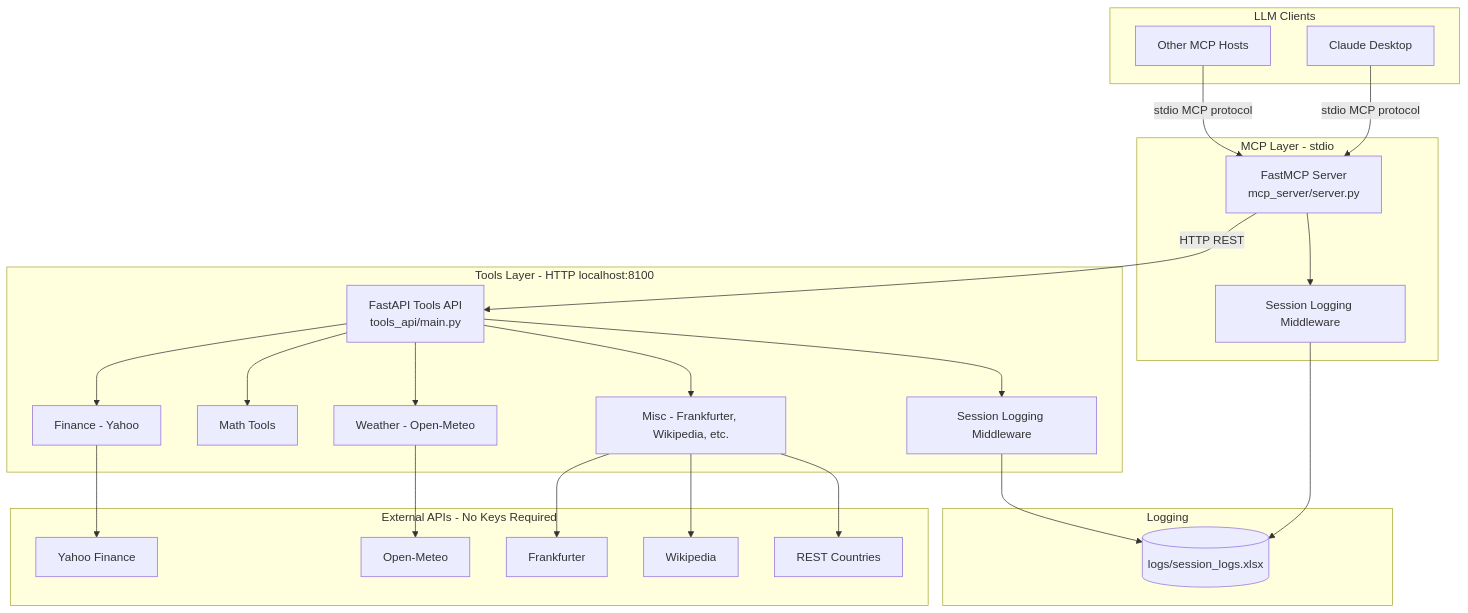
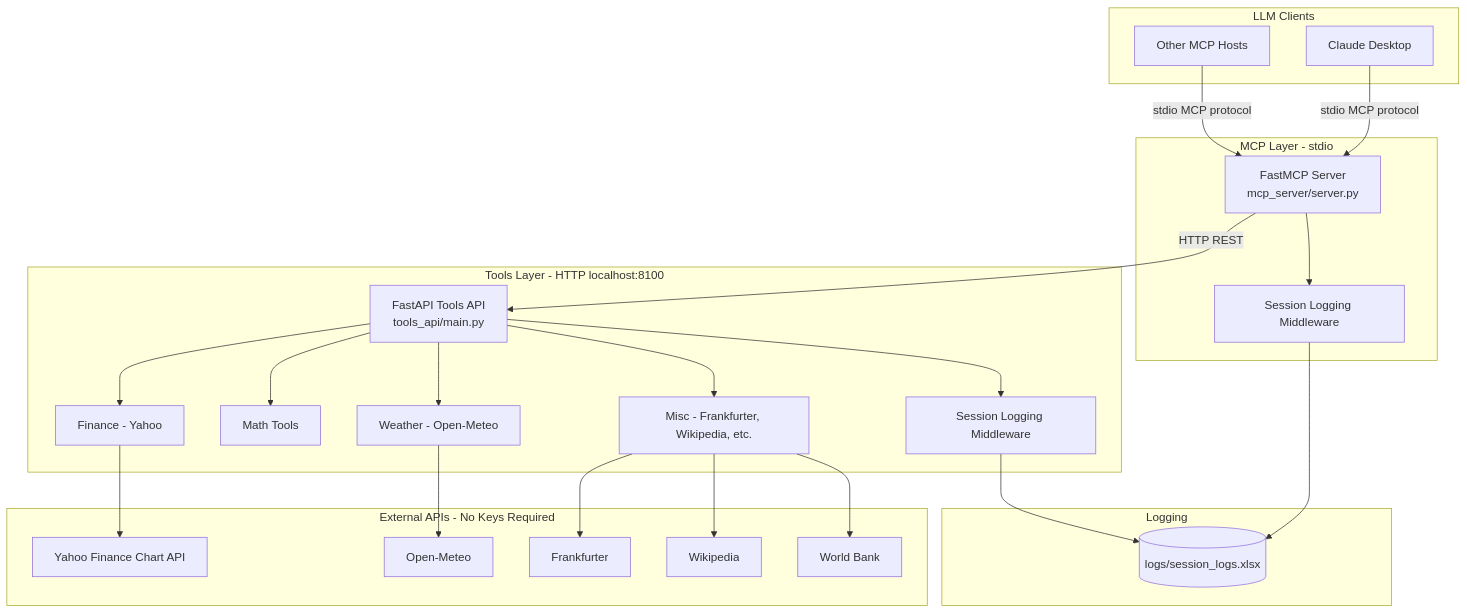
Before and after one commit to bharathsp/claude-desktop-fastmcp-tools: the first of 6 diagrams in README.md, drawn with Mermaid. The commit also changed other lines of this file, not shown here.

````diff
--- a/README.md
+++ b/README.md
@@ -7,48 +7,48 @@
 ```mermaid
 flowchart TB
     subgraph clients [LLM Clients]
         CD[Claude Desktop]
         Other[Other MCP Hosts]
     end
 
     subgraph mcp_layer [MCP Layer - stdio]
         MCP[FastMCP Server<br/>mcp_server/server.py]
         LogMCP[Session Logging Middleware]
     end
 
     subgraph tools_layer [Tools Layer - HTTP localhost:8100]
         API[FastAPI Tools API<br/>tools_api/main.py]
         LogAPI[Session Logging Middleware]
         Math[Math Tools]
         Finance[Finance - Yahoo]
         Weather[Weather - Open-Meteo]
         Misc[Misc - Frankfurter, Wikipedia, etc.]
     end
 
     subgraph storage [Logging]
         Excel[(logs/session_logs.xlsx)]
     end
 
     subgraph external [External APIs - No Keys Required]
-        YF[Yahoo Finance]
+        YF[Yahoo Finance Chart API]
         OM[Open-Meteo]
         FF[Frankfurter]
         Wiki[Wikipedia]
-        RC[REST Countries]
+        WB[World Bank]
     end
 
     CD -->|stdio MCP protocol| MCP
     Other -->|stdio MCP protocol| MCP
     MCP --> LogMCP --> Excel
     MCP -->|HTTP REST| API
     API --> LogAPI --> Excel
     API --> Math
     API --> Finance
     API --> Weather
     API --> Misc
     Finance --> YF
     Weather --> OM
     Misc --> FF
     Misc --> Wiki
-    Misc --> RC
+    Misc --> WB
 ```
````
